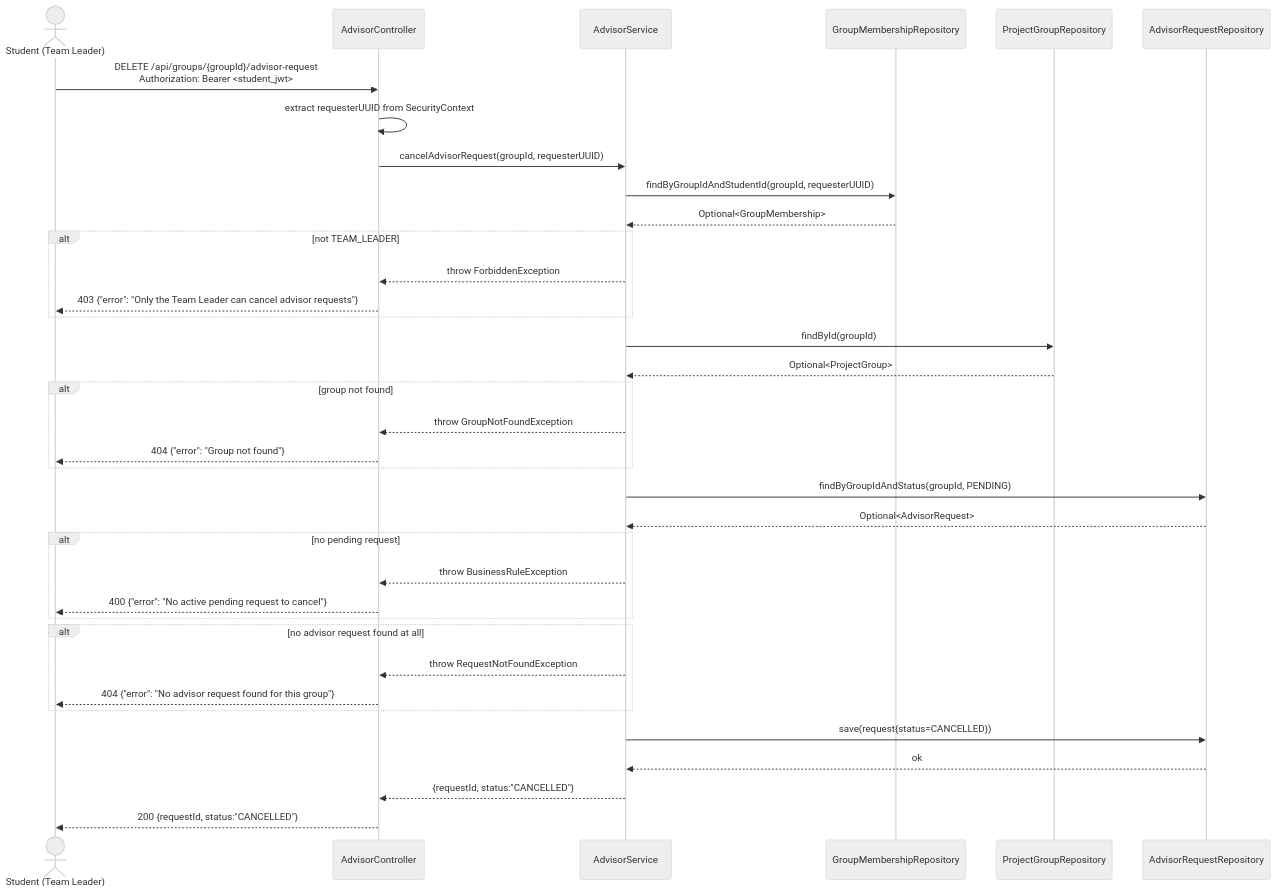
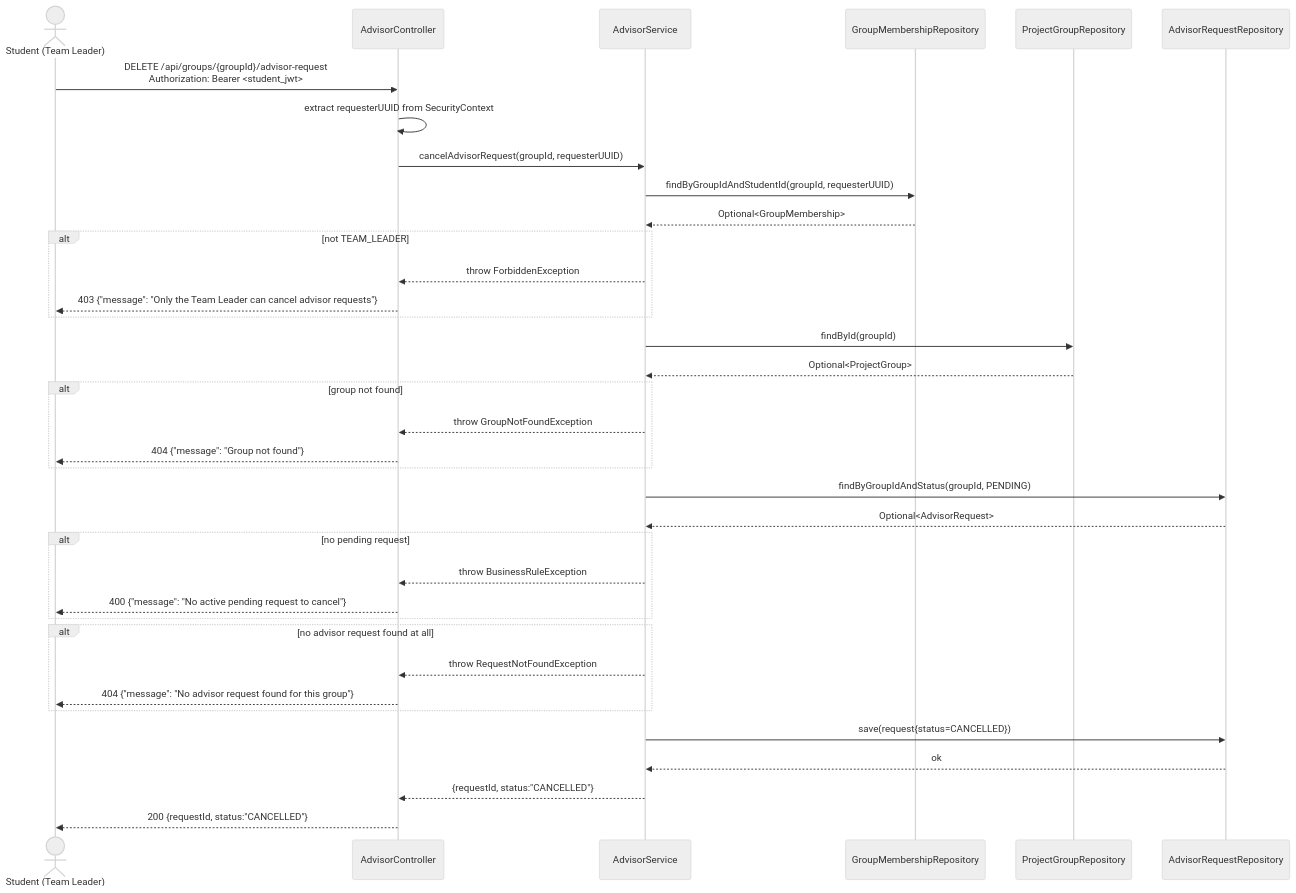
The fourth of 4 diagrams in docs/process3/sequences/3.1_advisor_request_p3.md (SE3318-Spring-2025-2026/senior-app-6), drawn with Mermaid (neutral theme) before and after one commit. The commit also changed other lines of this file and 27 other files, not shown here.

````diff
--- a/docs/process3/sequences/3.1_advisor_request_p3.md
+++ b/docs/process3/sequences/3.1_advisor_request_p3.md
@@ -157,49 +157,49 @@
 ```mermaid
 sequenceDiagram
     actor Student as Student (Team Leader)
     participant AdvisorController
     participant AdvisorService
     participant GroupMembershipRepository
     participant ProjectGroupRepository
     participant AdvisorRequestRepository
 
     Student->>AdvisorController: DELETE /api/groups/{groupId}/advisor-request<br/>Authorization: Bearer <student_jwt>
 
     AdvisorController->>AdvisorController: extract requesterUUID from SecurityContext
     AdvisorController->>AdvisorService: cancelAdvisorRequest(groupId, requesterUUID)
 
     AdvisorService->>GroupMembershipRepository: findByGroupIdAndStudentId(groupId, requesterUUID)
     GroupMembershipRepository-->>AdvisorService: Optional<GroupMembership>
 
     alt not TEAM_LEADER
         AdvisorService-->>AdvisorController: throw ForbiddenException
-        AdvisorController-->>Student: 403 {"error": "Only the Team Leader can cancel advisor requests"}
+        AdvisorController-->>Student: 403 {"message": "Only the Team Leader can cancel advisor requests"}
     end
 
     AdvisorService->>ProjectGroupRepository: findById(groupId)
     ProjectGroupRepository-->>AdvisorService: Optional<ProjectGroup>
 
     alt group not found
         AdvisorService-->>AdvisorController: throw GroupNotFoundException
-        AdvisorController-->>Student: 404 {"error": "Group not found"}
+        AdvisorController-->>Student: 404 {"message": "Group not found"}
     end
 
     AdvisorService->>AdvisorRequestRepository: findByGroupIdAndStatus(groupId, PENDING)
     AdvisorRequestRepository-->>AdvisorService: Optional<AdvisorRequest>
 
     alt no pending request
         AdvisorService-->>AdvisorController: throw BusinessRuleException
-        AdvisorController-->>Student: 400 {"error": "No active pending request to cancel"}
+        AdvisorController-->>Student: 400 {"message": "No active pending request to cancel"}
     end
 
     alt no advisor request found at all
         AdvisorService-->>AdvisorController: throw RequestNotFoundException
-        AdvisorController-->>Student: 404 {"error": "No advisor request found for this group"}
+        AdvisorController-->>Student: 404 {"message": "No advisor request found for this group"}
     end
 
     AdvisorService->>AdvisorRequestRepository: save(request{status=CANCELLED})
     AdvisorRequestRepository-->>AdvisorService: ok
 
     AdvisorService-->>AdvisorController: {requestId, status:"CANCELLED"}
     AdvisorController-->>Student: 200 {requestId, status:"CANCELLED"}
 ```
````
